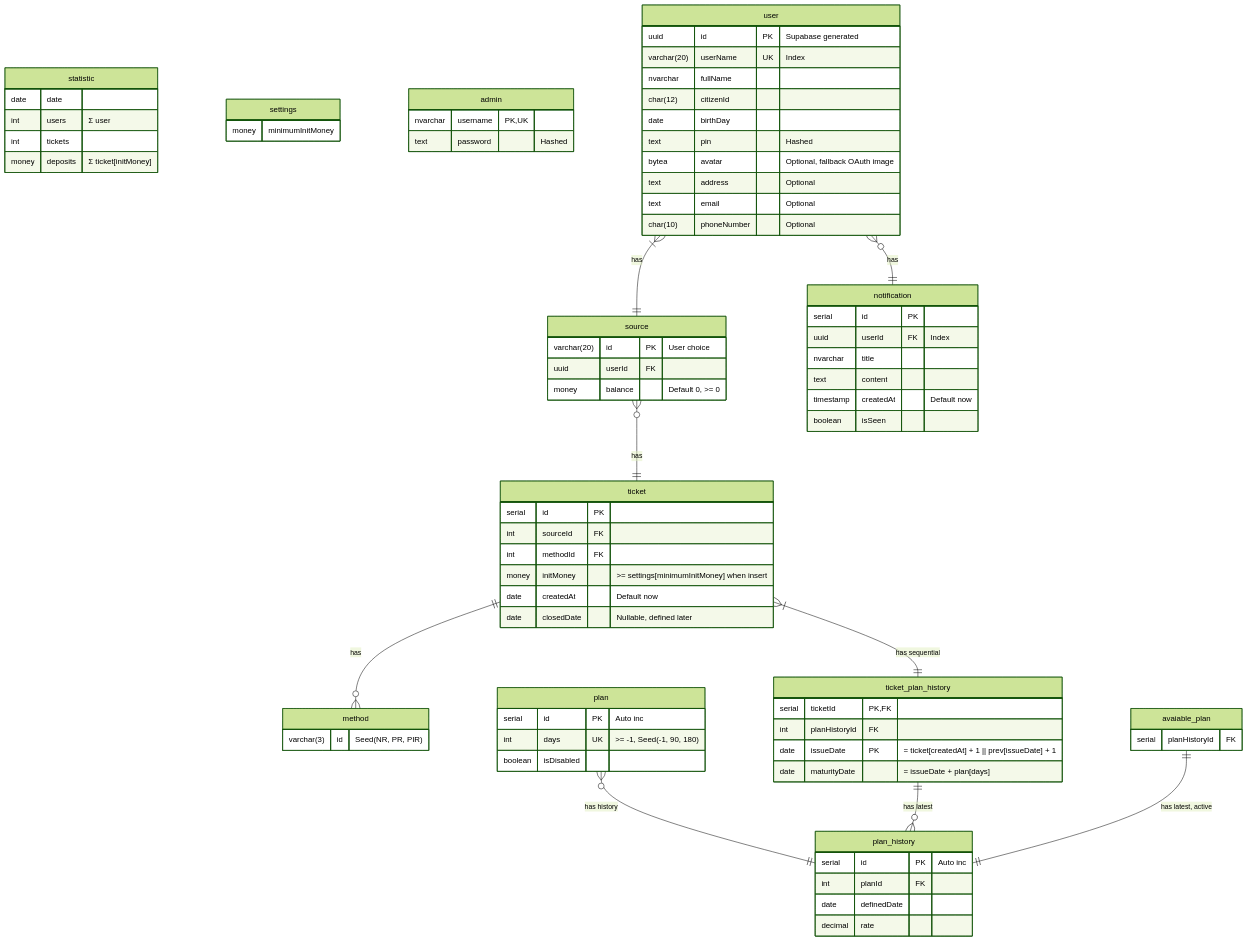
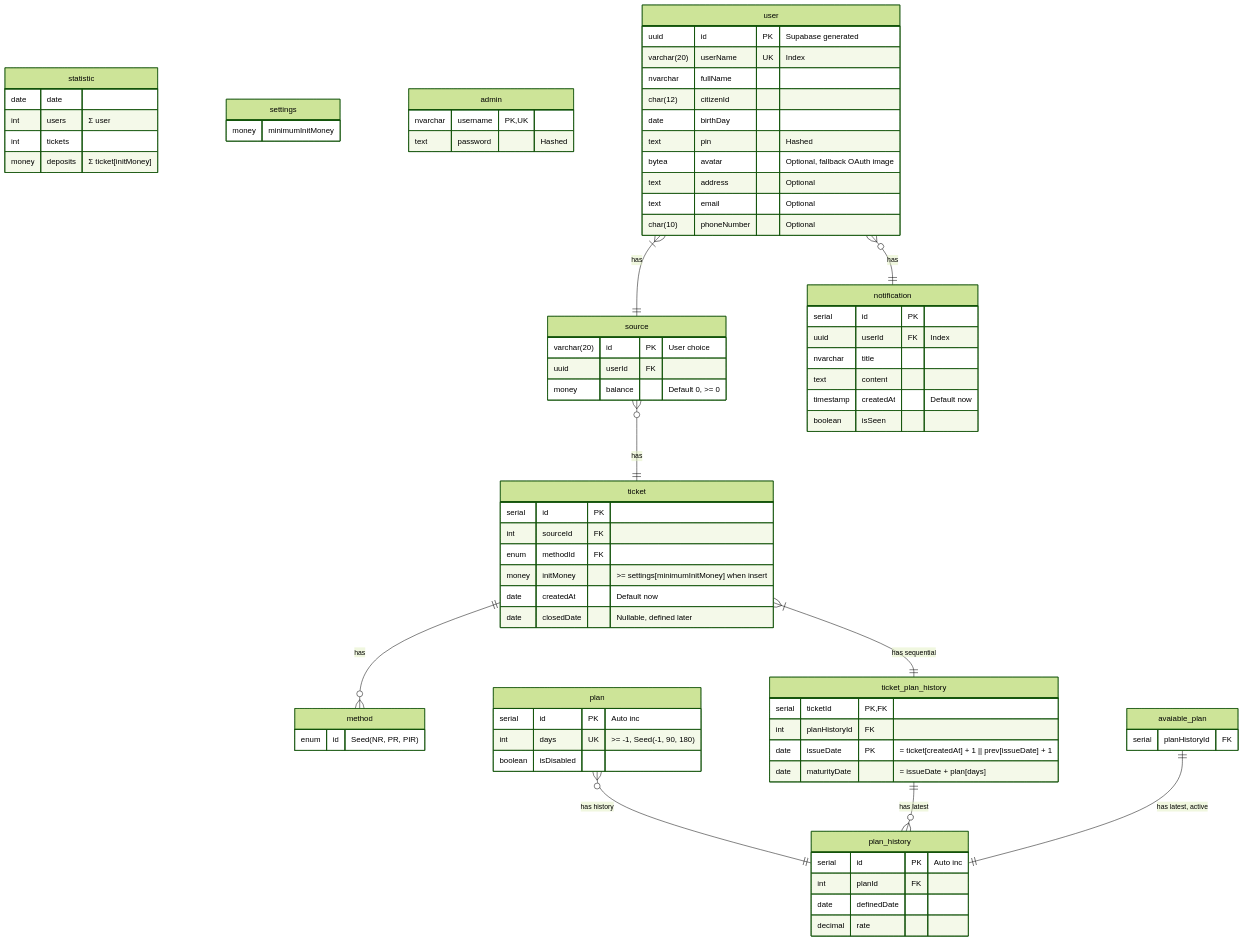
Before and after one commit to coinhub-uit/coinhub-uit.github.io: the diagram in docs/diagrams/database.md, drawn with Mermaid (forest theme).

Commit message:
fix(db): method id is enum

```diff
--- a/docs/diagrams/database.md
+++ b/docs/diagrams/database.md
@@ -43,7 +43,7 @@
 
   method {
     %% Non-renewal, principal rollover, principal & interest rollover
-    varchar(3) id "Seed(NR, PR, PIR)"
+    enum id "Seed(NR, PR, PIR)"
   }
 
   plan_history {
@@ -56,7 +56,7 @@
   ticket {
     serial id PK
     int sourceId FK
-    int methodId FK
+    enum methodId FK
     %% So what if I changed and there're other ... already, will be failed
     money initMoney ">= settings[minimumInitMoney] when insert"
     %% Calculate before return to client (not in DB)?
```
